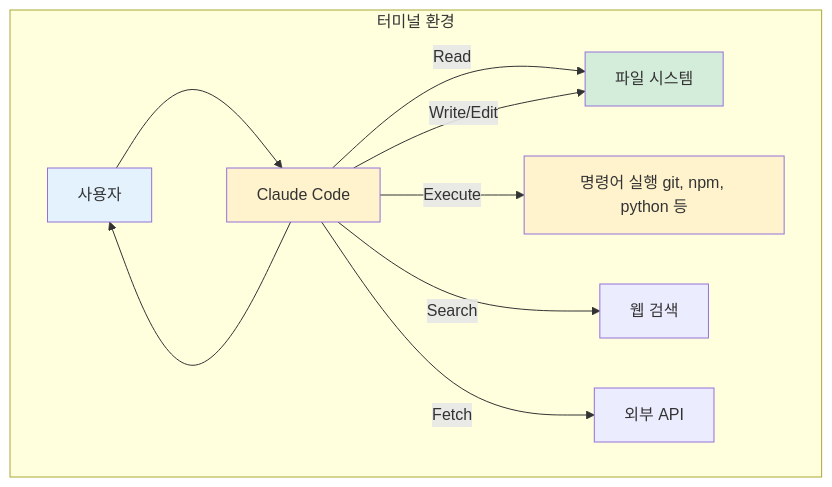
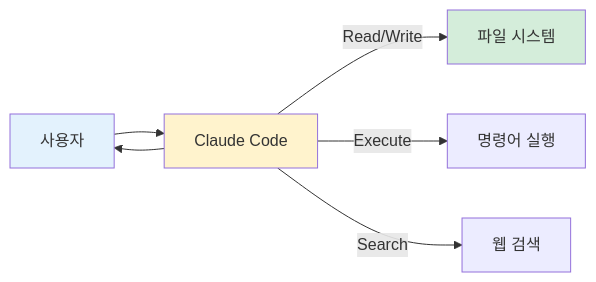
Before and after one commit to Kanghyeop/pages-book-agent101: the second of 6 diagrams in appendix-a/A01.md, drawn with Mermaid. The commit also changed other lines of this file and 3 other files, not shown here.

First line of the commit message:
Mermaid subgraph 완전 제거: GitHub 호환성 확보

````diff
--- a/appendix-a/A01.md
+++ b/appendix-a/A01.md
@@ -81,17 +81,12 @@
 ```mermaid
-flowchart TB
-    subgraph Terminal["터미널 환경"]
-        User[사용자] --> CC[Claude Code]
-        CC --> User
-        CC -->|Read| FS[파일 시스템]
-        CC -->|Write/Edit| FS
-        CC -->|Execute| CMD["명령어 실행 git, npm, python 등"]
-        CC -->|Search| Web[웹 검색]
-        CC -->|Fetch| API[외부 API]
-    end
+flowchart LR
+    User[사용자] --> CC[Claude Code]
+    CC --> User
+    CC -->|Read/Write| FS[파일 시스템]
+    CC -->|Execute| CMD[명령어 실행]
+    CC -->|Search| Web[웹 검색]
 
     style User fill:#E3F2FD
     style CC fill:#FFF3CD
     style FS fill:#D4EDDA
-    style CMD fill:#FFF3CD
 ```
````
